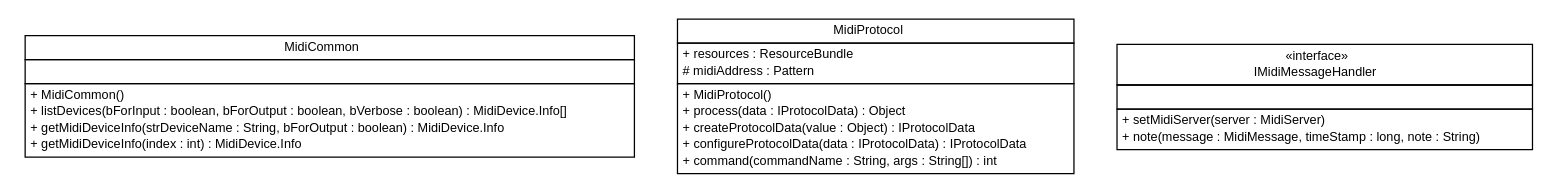
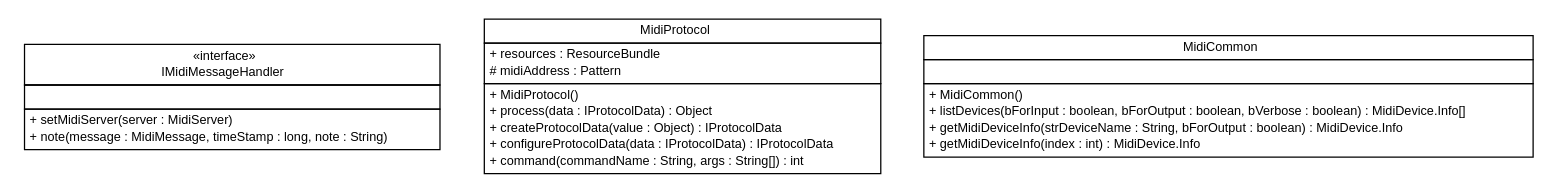
The diagram in apidocs/com/xley/lfosc/midi/com.xley.lfosc.midi.dot (pcross616/lf-osc-proxy), drawn with Graphviz before and after one commit. The commit also changed 355 other files, not shown here.

```diff
--- a/apidocs/com/xley/lfosc/midi/com.xley.lfosc.midi.dot
+++ b/apidocs/com/xley/lfosc/midi/com.xley.lfosc.midi.dot
@@ -1,58 +1,58 @@
 #!/usr/local/bin/dot
 #
 # Class diagram 
 # Generated by UMLGraph version R5_6 (http://www.umlgraph.org/)
 #
 
 digraph G {
 	edge [fontname="Helvetica",fontsize=10,labelfontname="Helvetica",labelfontsize=10];
 	node [fontname="Helvetica",fontsize=10,shape=plaintext];
 	nodesep=0.25;
 	ranksep=0.5;
-	// com.xley.lfosc.midi.MidiCommon
-	c174 [label=<<table title="com.xley.lfosc.midi.MidiCommon" border="0" cellborder="1" cellspacing="0" cellpadding="2" port="p" href="./MidiCommon.html">
+	// com.xley.lfosc.midi.IMidiMessageHandler
+	c385 [label=<<table title="com.xley.lfosc.midi.IMidiMessageHandler" border="0" cellborder="1" cellspacing="0" cellpadding="2" port="p" href="./IMidiMessageHandler.html">
 		<tr><td><table border="0" cellspacing="0" cellpadding="1">
-<tr><td align="center" balign="center"> MidiCommon </td></tr>
+<tr><td align="center" balign="center"> &#171;interface&#187; </td></tr>
+<tr><td align="center" balign="center"> IMidiMessageHandler </td></tr>
 		</table></td></tr>
 		<tr><td><table border="0" cellspacing="0" cellpadding="1">
 <tr><td align="left" balign="left">  </td></tr>
 		</table></td></tr>
 		<tr><td><table border="0" cellspacing="0" cellpadding="1">
-<tr><td align="left" balign="left"> + MidiCommon() </td></tr>
-<tr><td align="left" balign="left"> + listDevices(bForInput : boolean, bForOutput : boolean, bVerbose : boolean) : MidiDevice.Info[] </td></tr>
-<tr><td align="left" balign="left"> + getMidiDeviceInfo(strDeviceName : String, bForOutput : boolean) : MidiDevice.Info </td></tr>
-<tr><td align="left" balign="left"> + getMidiDeviceInfo(index : int) : MidiDevice.Info </td></tr>
+<tr><td align="left" balign="left"> + setMidiServer(server : MidiServer) </td></tr>
+<tr><td align="left" balign="left"> + note(message : MidiMessage, timeStamp : long, note : String) </td></tr>
 		</table></td></tr>
-		</table>>, URL="./MidiCommon.html", fontname="Helvetica", fontcolor="black", fontsize=10.0];
+		</table>>, URL="./IMidiMessageHandler.html", fontname="Helvetica", fontcolor="black", fontsize=10.0];
 	// com.xley.lfosc.midi.MidiProtocol
-	c175 [label=<<table title="com.xley.lfosc.midi.MidiProtocol" border="0" cellborder="1" cellspacing="0" cellpadding="2" port="p" href="./MidiProtocol.html">
+	c386 [label=<<table title="com.xley.lfosc.midi.MidiProtocol" border="0" cellborder="1" cellspacing="0" cellpadding="2" port="p" href="./MidiProtocol.html">
 		<tr><td><table border="0" cellspacing="0" cellpadding="1">
 <tr><td align="center" balign="center"> MidiProtocol </td></tr>
 		</table></td></tr>
 		<tr><td><table border="0" cellspacing="0" cellpadding="1">
 <tr><td align="left" balign="left"> + resources : ResourceBundle </td></tr>
 <tr><td align="left" balign="left"> # midiAddress : Pattern </td></tr>
 		</table></td></tr>
 		<tr><td><table border="0" cellspacing="0" cellpadding="1">
 <tr><td align="left" balign="left"> + MidiProtocol() </td></tr>
 <tr><td align="left" balign="left"> + process(data : IProtocolData) : Object </td></tr>
 <tr><td align="left" balign="left"> + createProtocolData(value : Object) : IProtocolData </td></tr>
 <tr><td align="left" balign="left"> + configureProtocolData(data : IProtocolData) : IProtocolData </td></tr>
 <tr><td align="left" balign="left"> + command(commandName : String, args : String[]) : int </td></tr>
 		</table></td></tr>
 		</table>>, URL="./MidiProtocol.html", fontname="Helvetica", fontcolor="black", fontsize=10.0];
-	// com.xley.lfosc.midi.IMidiMessageHandler
-	c176 [label=<<table title="com.xley.lfosc.midi.IMidiMessageHandler" border="0" cellborder="1" cellspacing="0" cellpadding="2" port="p" href="./IMidiMessageHandler.html">
+	// com.xley.lfosc.midi.MidiCommon
+	c387 [label=<<table title="com.xley.lfosc.midi.MidiCommon" border="0" cellborder="1" cellspacing="0" cellpadding="2" port="p" href="./MidiCommon.html">
 		<tr><td><table border="0" cellspacing="0" cellpadding="1">
-<tr><td align="center" balign="center"> &#171;interface&#187; </td></tr>
-<tr><td align="center" balign="center"> IMidiMessageHandler </td></tr>
+<tr><td align="center" balign="center"> MidiCommon </td></tr>
 		</table></td></tr>
 		<tr><td><table border="0" cellspacing="0" cellpadding="1">
 <tr><td align="left" balign="left">  </td></tr>
 		</table></td></tr>
 		<tr><td><table border="0" cellspacing="0" cellpadding="1">
-<tr><td align="left" balign="left"> + setMidiServer(server : MidiServer) </td></tr>
-<tr><td align="left" balign="left"> + note(message : MidiMessage, timeStamp : long, note : String) </td></tr>
+<tr><td align="left" balign="left"> + MidiCommon() </td></tr>
+<tr><td align="left" balign="left"> + listDevices(bForInput : boolean, bForOutput : boolean, bVerbose : boolean) : MidiDevice.Info[] </td></tr>
+<tr><td align="left" balign="left"> + getMidiDeviceInfo(strDeviceName : String, bForOutput : boolean) : MidiDevice.Info </td></tr>
+<tr><td align="left" balign="left"> + getMidiDeviceInfo(index : int) : MidiDevice.Info </td></tr>
 		</table></td></tr>
-		</table>>, URL="./IMidiMessageHandler.html", fontname="Helvetica", fontcolor="black", fontsize=10.0];
+		</table>>, URL="./MidiCommon.html", fontname="Helvetica", fontcolor="black", fontsize=10.0];
 }
```
